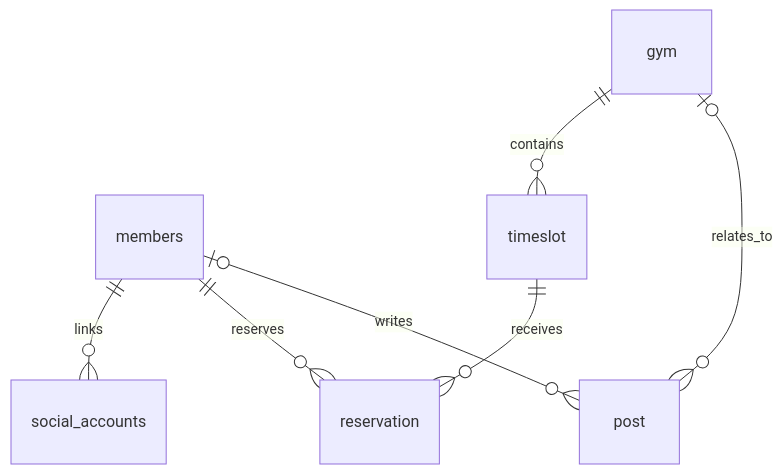
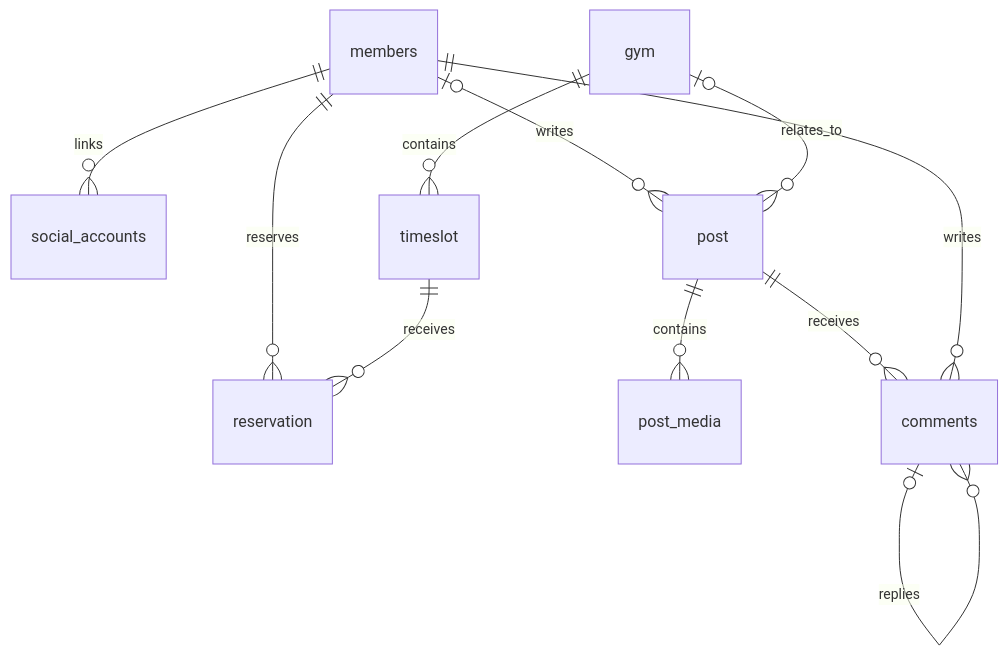
Before and after one commit to icoo08217/climber_Hub: the diagram in 토이프로젝트_저장소/엔티티.md, drawn with Mermaid. The commit also changed other lines of this file and 35 other files, not shown here.

````diff
--- a/토이프로젝트_저장소/엔티티.md
+++ b/토이프로젝트_저장소/엔티티.md
@@ -155,9 +197,13 @@
 ```mermaid
 erDiagram
     members ||--o{ social_accounts : links
     members ||--o{ reservation : reserves
     timeslot ||--o{ reservation : receives
     gym ||--o{ timeslot : contains
     members o|--o{ post : writes
     gym o|--o{ post : relates_to
+    post ||--o{ post_media : contains
+    post ||--o{ comments : receives
+    members ||--o{ comments : writes
+    comments o|--o{ comments : replies
 ```
````
